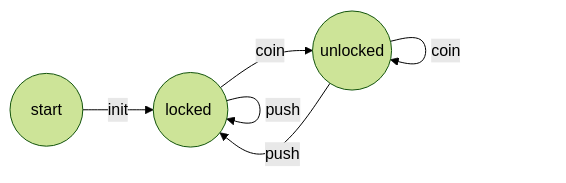
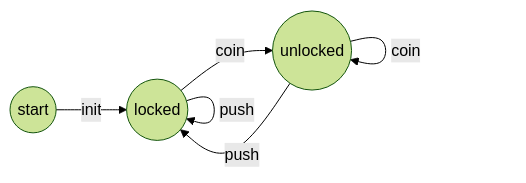
One commit to reality-two/reality2-documentation changed the diagram in instructions/2 Definitions/Automations.md. Above: the diagram before and after it, drawn with Mermaid (forest theme). The commit also changed 9 other files, not shown here.

````diff
--- a/instructions/2 Definitions/Automations.md
+++ b/instructions/2 Definitions/Automations.md
@@ -7,8 +7,8 @@
 ```mermaid
 flowchart LR
-    L((&nbsplocked&nbsp&nbsp)) -- coin --> U((unlocked))
+    L((locked)) -- coin --> U((unlocked))
     U -- push --> L
     U -- coin --> U
     L -- push --> L
-    S((&nbsp&nbsp&nbspstart&nbsp&nbsp&nbsp)) -- init --> L
+    S((start)) -- init --> L
 ```
````
